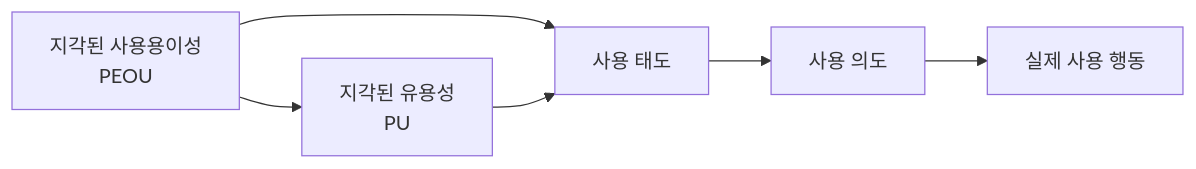
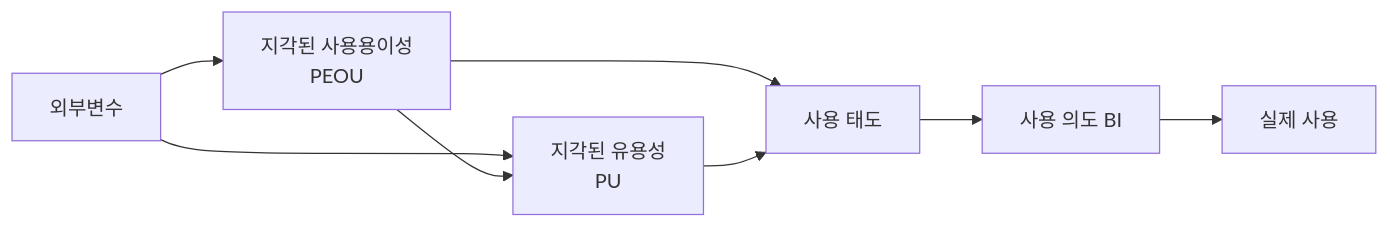
The diagram in content/technology-acceptance-model.md (coninggu/wjdqhrhksflrltnftk), drawn with Mermaid before and after one commit. The commit also changed other lines of this file and 19 other files, not shown here.

````diff
--- a/content/technology-acceptance-model.md
+++ b/content/technology-acceptance-model.md
@@ -13,8 +14,10 @@
 ```mermaid
 flowchart LR
-  EU[지각된 사용용이성<br/>PEOU] --> U[지각된 유용성<br/>PU]
+  EX[외부변수] --> EU[지각된 사용용이성<br/>PEOU]
+  EX --> U[지각된 유용성<br/>PU]
+  EU --> U
   EU --> A[사용 태도]
   U --> A
-  A --> I[사용 의도]
-  I --> B[실제 사용 행동]
+  A --> I[사용 의도 BI]
+  I --> B[실제 사용]
 ```
````
